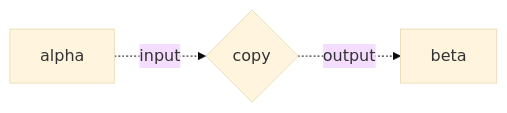
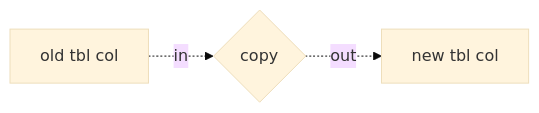
The diagram in _posts/2022-11-02-column-transformations-with-t-sql.md (Heinzad/heinzad.github.io), drawn with Mermaid (base theme) before and after one commit. The commit also changed other lines of this file, not shown here.

Commit message:
Post 20221202 commit 0915

````diff
--- a/_posts/2022-11-02-column-transformations-with-t-sql.md
+++ b/_posts/2022-11-02-column-transformations-with-t-sql.md
@@ -9,5 +11,5 @@
 ```mermaid 
 graph LR; 
-A[alpha]-.->|input| T{copy}; 
-T-.->|output| B[beta];
+A[old tbl col]-.->|in| T{copy}; 
+T-.->|out| B[new tbl col];
 ``` 
````
